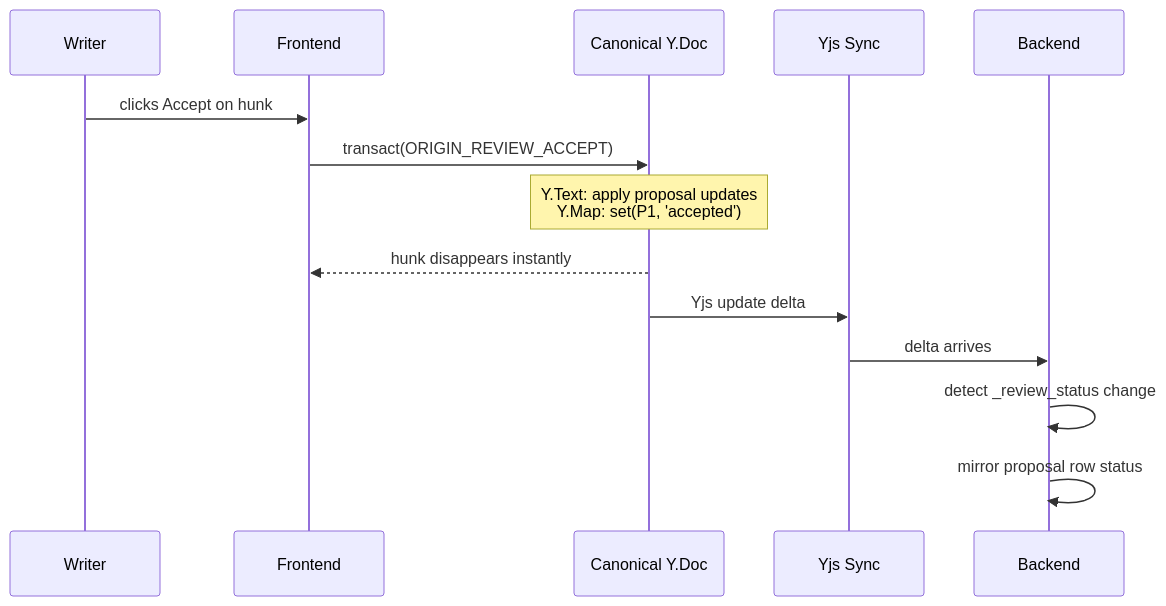
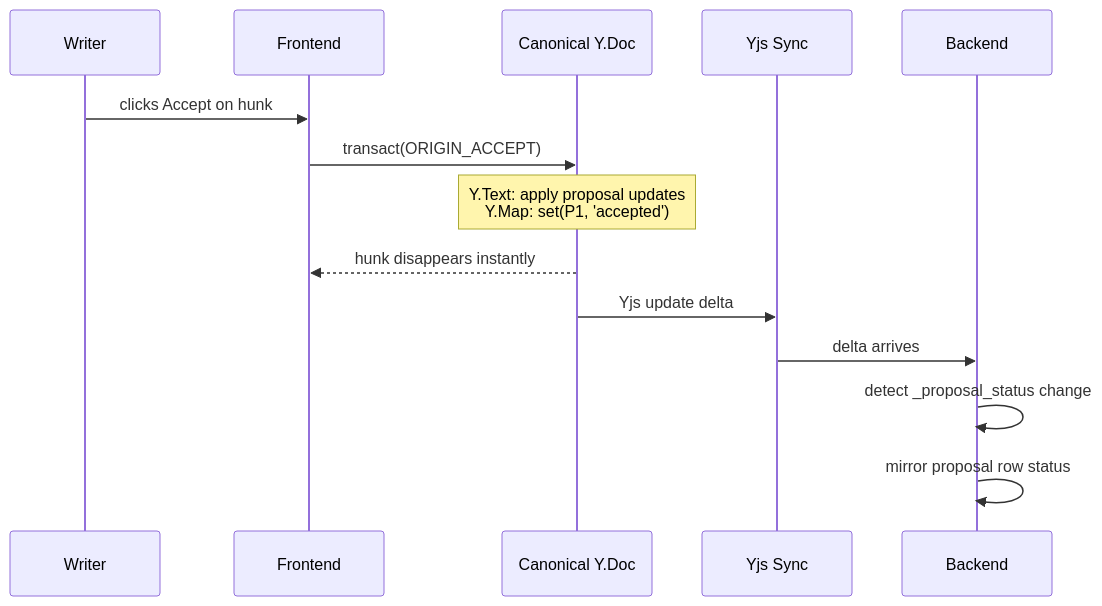
The diagram in _docs/plans/collab-review-v2/spec/local-first-authority.md (haowjy/meridian-flow), drawn with Mermaid before and after one commit. The commit also changed other lines of this file and 9 other files, not shown here.

First line of the commit message:
collab-v2: unify thread undo/reapply, rename _proposal_status, local-first thread ops

````diff
--- a/_docs/plans/collab-review-v2/spec/local-first-authority.md
+++ b/_docs/plans/collab-review-v2/spec/local-first-authority.md
@@ -11,17 +11,17 @@
 ```mermaid
 sequenceDiagram
     participant W as Writer
     participant FE as Frontend
     participant YDoc as Canonical Y.Doc
     participant Sync as Yjs Sync
     participant BE as Backend
 
     W->>FE: clicks Accept on hunk
-    FE->>YDoc: transact(ORIGIN_REVIEW_ACCEPT)
+    FE->>YDoc: transact(ORIGIN_ACCEPT)
     Note over YDoc: Y.Text: apply proposal updates<br/>Y.Map: set(P1, 'accepted')
     YDoc-->>FE: hunk disappears instantly
     YDoc->>Sync: Yjs update delta
     Sync->>BE: delta arrives
-    BE->>BE: detect _review_status change
+    BE->>BE: detect _proposal_status change
     BE->>BE: mirror proposal row status
 ```
````
